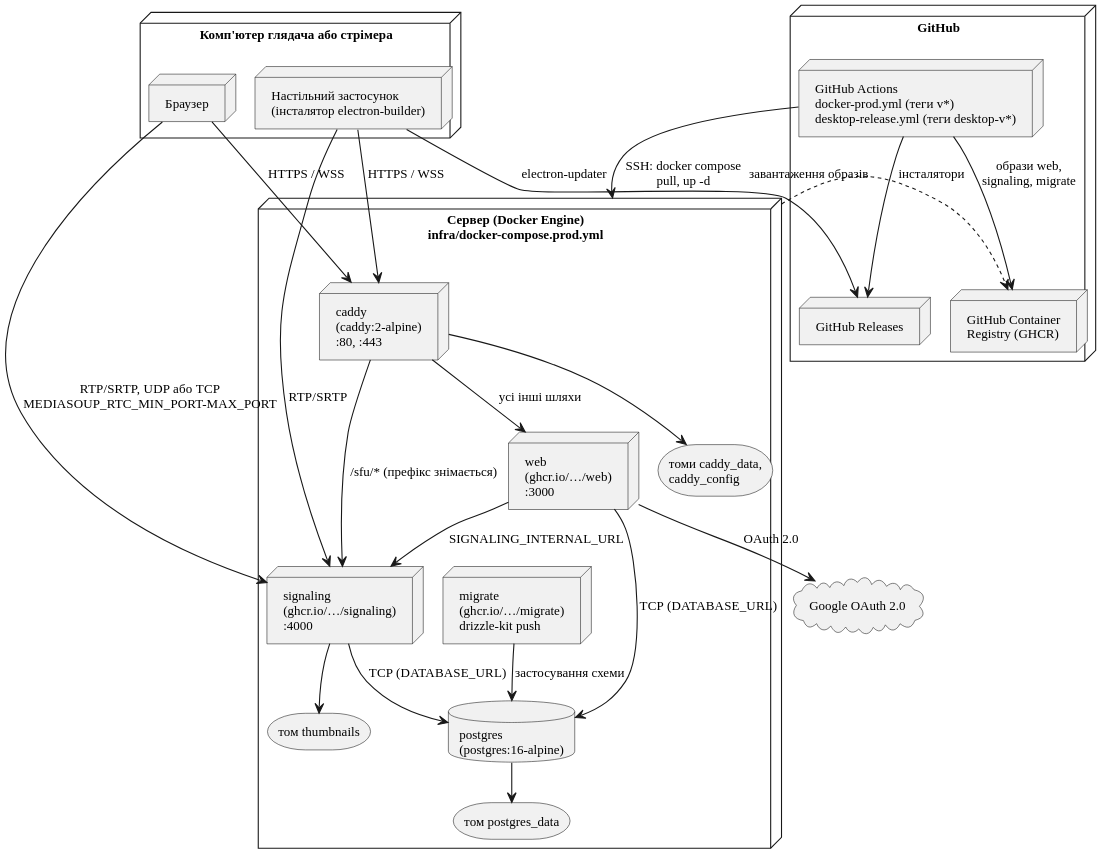
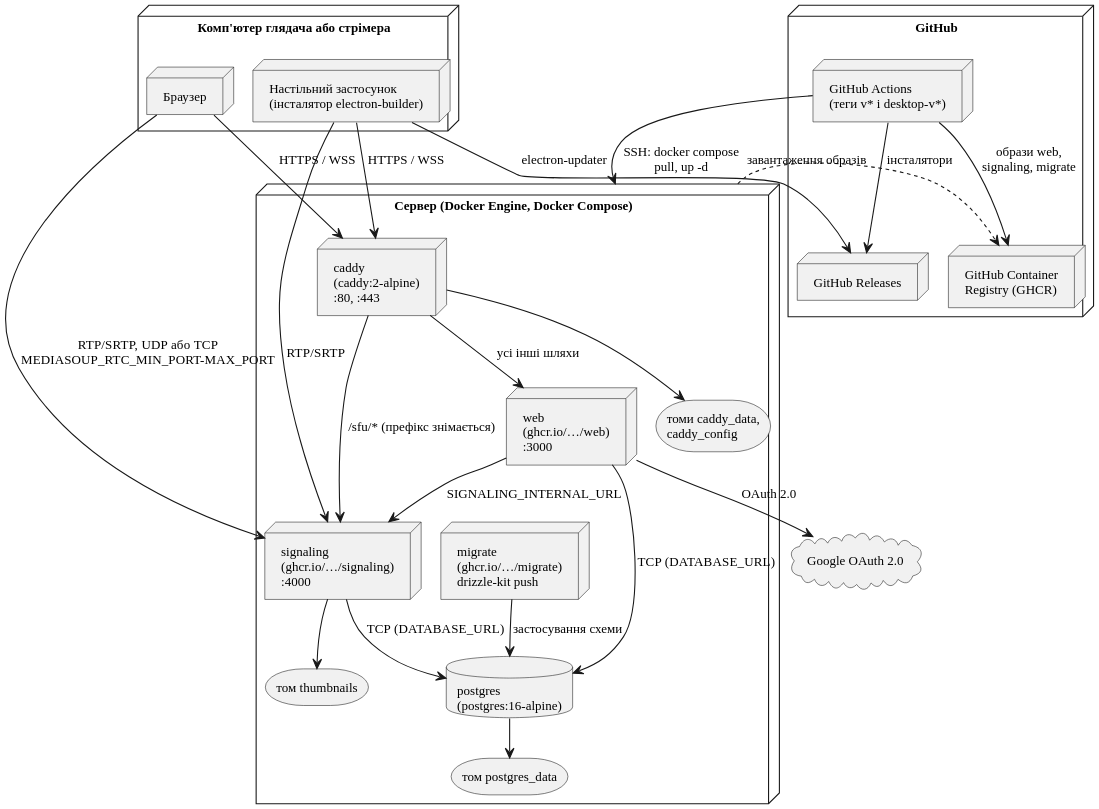
Before and after one commit to Nikitos1926/stream-share: the diagram in thesis/diagrams/fig-deployment.puml, drawn with PlantUML. The commit also changed 16 other files, not shown here.

First line of the commit message:
thesis: style pass on ch.3 and ch.4.2–4.6 — no x.y.z points, no inline code, no paths; diagram labels by role

```diff
--- a/thesis/diagrams/fig-deployment.puml
+++ b/thesis/diagrams/fig-deployment.puml
@@ -1,52 +1,52 @@
 @startuml
 !pragma layout smetana
 skinparam defaultFontName "Liberation Serif"
 skinparam dpi 200
 skinparam shadowing false
 skinparam monochrome true
 skinparam defaultFontSize 12
 
 node "Комп'ютер глядача або стрімера" as PC {
   node "Браузер" as Br
   node "Настільний застосунок\n(інсталятор electron-builder)" as App
 }
 
-node "Сервер (Docker Engine)\ninfra/docker-compose.prod.yml" as Host {
+node "Сервер (Docker Engine, Docker Compose)" as Host {
   node "caddy\n(caddy:2-alpine)\n:80, :443" as Caddy
   node "web\n(ghcr.io/…/web)\n:3000" as Web
   node "signaling\n(ghcr.io/…/signaling)\n:4000" as Sig
   node "migrate\n(ghcr.io/…/migrate)\ndrizzle-kit push" as Mig
   database "postgres\n(postgres:16-alpine)" as PG
   storage "том thumbnails" as Thumb
   storage "том postgres_data" as PGData
   storage "томи caddy_data,\ncaddy_config" as CData
 }
 
 node "GitHub" as GitHub {
-  node "GitHub Actions\ndocker-prod.yml (теги v*)\ndesktop-release.yml (теги desktop-v*)" as GA
+  node "GitHub Actions\n(теги v* і desktop-v*)" as GA
   node "GitHub Container\nRegistry (GHCR)" as GHCR
   node "GitHub Releases" as Rel
 }
 
 cloud "Google OAuth 2.0" as Google
 
 Br --> Caddy : HTTPS / WSS
 App --> Caddy : HTTPS / WSS
 Br --> Sig : RTP/SRTP, UDP або TCP\nMEDIASOUP_RTC_MIN_PORT–MAX_PORT
 App --> Sig : RTP/SRTP
 App --> Rel : electron-updater
 Caddy --> Sig : /sfu/* (префікс знімається)
 Caddy --> Web : усі інші шляхи
 Web --> Sig : SIGNALING_INTERNAL_URL
 Web --> PG : TCP (DATABASE_URL)
 Sig --> PG : TCP (DATABASE_URL)
 Mig --> PG : застосування схеми
 Sig --> Thumb
 PG --> PGData
 Caddy --> CData
 Web --> Google : OAuth 2.0
 GA --> GHCR : образи web,\nsignaling, migrate
 GA --> Rel : інсталятори
 GA --> Host : SSH: docker compose\npull, up -d
 Host ..> GHCR : завантаження образів
 @enduml
```
